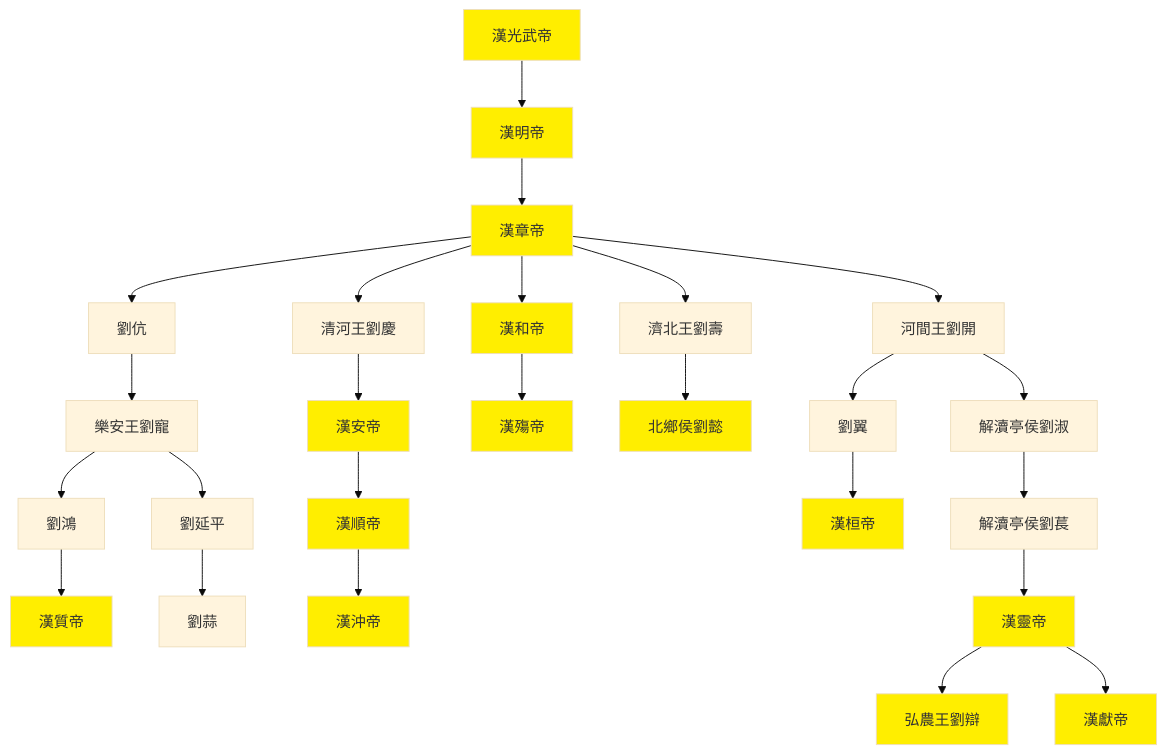
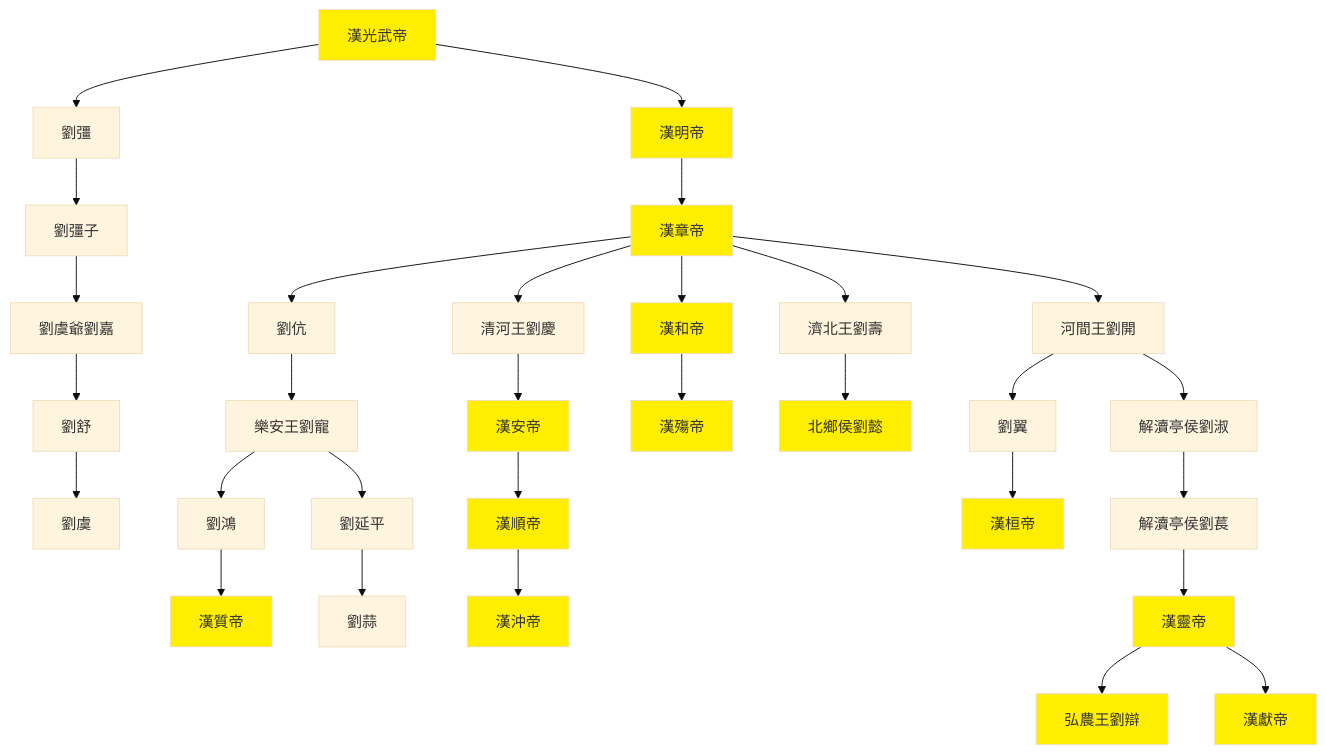
One commit to gamefang/zizhitongjian changed the second of 2 diagrams in 2_世系圖表/2.1_中國/東漢世系圖.md. Above: the diagram before and after it, drawn with Mermaid (base theme). The commit also changed 8 other files, not shown here.

````diff
--- a/2_世系圖表/2.1_中國/東漢世系圖.md
+++ b/2_世系圖表/2.1_中國/東漢世系圖.md
@@ -52,36 +52,42 @@
 ```mermaid
 graph TB
+
+漢光武帝-->劉彊
+劉彊-->劉彊子
+劉彊子-->劉虞爺劉嘉
+劉虞爺劉嘉-->劉舒
+劉舒-->劉虞
 
 漢光武帝-->漢明帝
 漢明帝-->漢章帝
 
 漢章帝-->劉伉
 劉伉-->樂安王劉寵
 樂安王劉寵-->劉鴻
 劉鴻-->漢質帝
 樂安王劉寵-->劉延平
 劉延平-->劉蒜
 
 漢章帝-->清河王劉慶
 清河王劉慶-->漢安帝
 漢安帝-->漢順帝
 漢順帝-->漢沖帝
 
 漢章帝-->漢和帝
 漢和帝-->漢殤帝
 
 漢章帝-->濟北王劉壽
 濟北王劉壽-->北鄉侯劉懿
 
 漢章帝-->河間王劉開
 河間王劉開-->劉翼
 劉翼-->漢桓帝
 河間王劉開-->解瀆亭侯劉淑
 解瀆亭侯劉淑-->解瀆亭侯劉萇
 解瀆亭侯劉萇-->漢靈帝
 漢靈帝-->弘農王劉辯
 漢靈帝-->漢獻帝
 
 classDef king fill:#ffee00
 class 漢光武帝,漢明帝,漢章帝,漢和帝,漢殤帝,漢安帝,漢順帝,漢沖帝,漢質帝,漢桓帝,漢靈帝,漢獻帝,北鄉侯劉懿,弘農王劉辯 king
 ```
````
